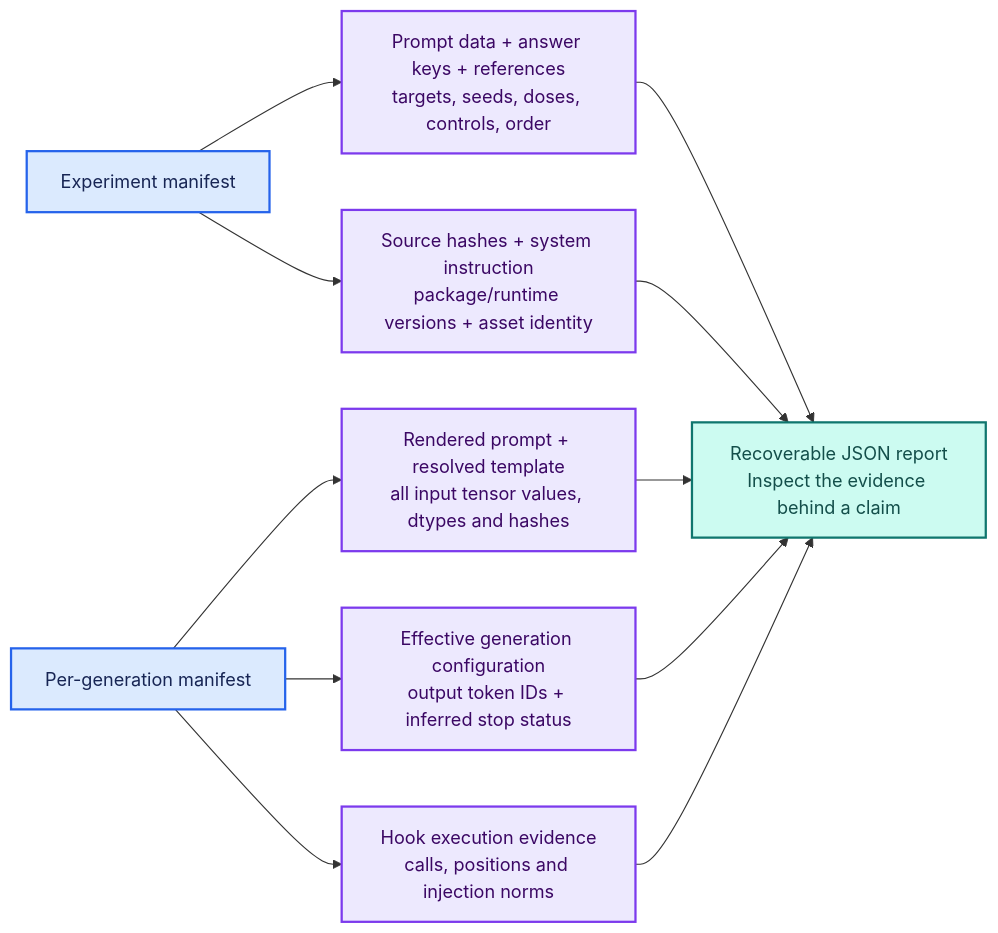
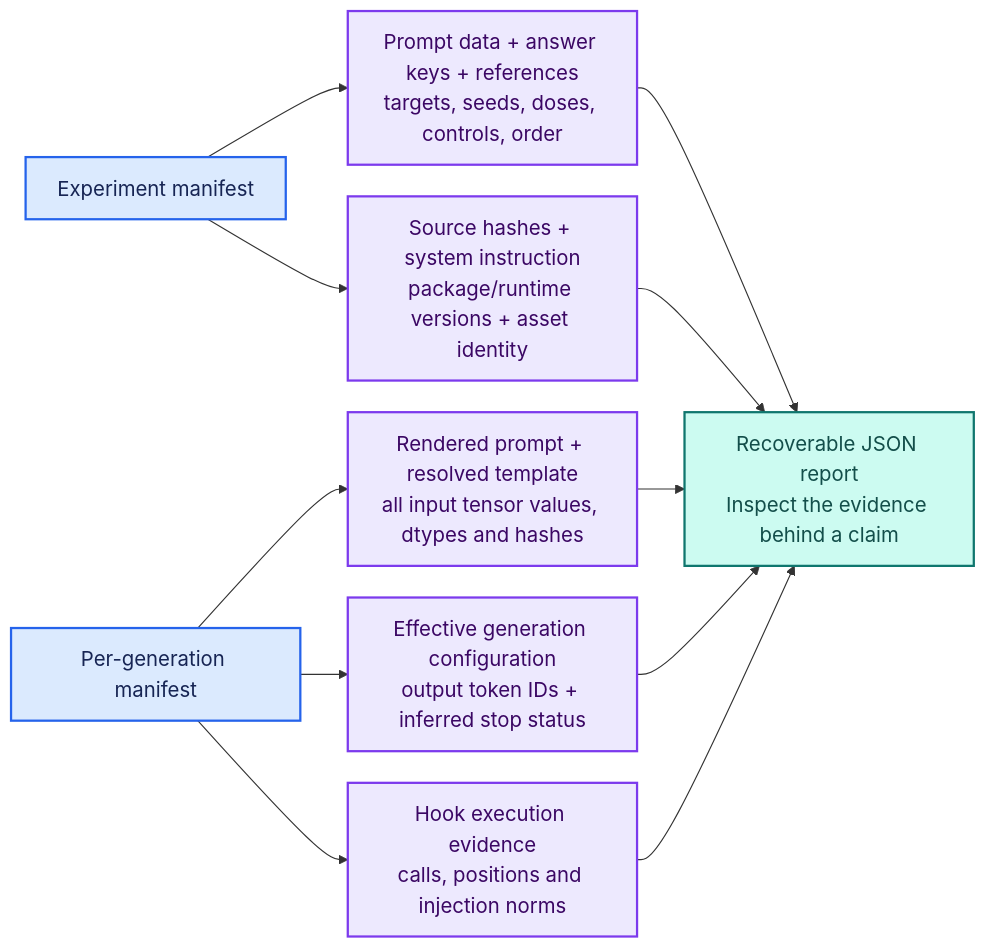
Diagram 11 of 16 in VISUAL_GUIDE.md (djayuffe/neuron-steer), drawn with Mermaid before and after one commit. The commit also changed other lines of this file and 6 other files, not shown here.

Commit message:
Improve reading paths, diagram typography and ELI5 concept explanations

````diff
--- a/VISUAL_GUIDE.md
+++ b/VISUAL_GUIDE.md
@@ -424,21 +665,33 @@
 ```mermaid
+---
+config:
+  fontFamily: Arial, Helvetica, sans-serif
+  fontSize: 18
+  themeVariables:
+    fontFamily: Arial, Helvetica, sans-serif
+    fontSize: 18px
+  flowchart:
+    nodeSpacing: 28
+    rankSpacing: 42
+    padding: 14
+---
 flowchart LR
   accTitle: Reproducible reports have two complementary records
   accDescr: The experiment manifest identifies data, source, assets and settings, while each generation records actual formatted inputs, decoding configuration and hook execution evidence.
-E["Experiment manifest"]:::input --> A["Prompt data + answer keys + references<br/>targets, seeds, doses, controls, order"]:::evidence
+  E["Experiment manifest"]:::input --> A["Prompt data + answer keys + references<br/>targets, seeds, doses, controls, order"]:::evidence
   E --> S["Source hashes + system instruction<br/>package/runtime versions + asset identity"]:::evidence
   G["Per-generation manifest"]:::input --> P["Rendered prompt + resolved template<br/>all input tensor values, dtypes and hashes"]:::evidence
   G --> C["Effective generation configuration<br/>output token IDs + inferred stop status"]:::evidence
   G --> H["Hook execution evidence<br/>calls, positions and injection norms"]:::evidence
   A --> J["Recoverable JSON report<br/>Inspect the evidence behind a claim"]:::local
   S --> J
   P --> J
   C --> J
   H --> J
   classDef input fill:#DBEAFE,stroke:#2563EB,color:#172554,stroke-width:2px;
   classDef local fill:#CCFBF1,stroke:#0F766E,color:#134E4A,stroke-width:2px;
   classDef choice fill:#FEF3C7,stroke:#B45309,color:#78350F,stroke-width:2px;
   classDef evidence fill:#EDE9FE,stroke:#7C3AED,color:#3B0764,stroke-width:2px;
   classDef remote fill:#FCE7F3,stroke:#BE185D,color:#831843,stroke-width:2px;
   classDef limit fill:#FEE2E2,stroke:#DC2626,color:#7F1D1D,stroke-width:2px;
 ```
````
